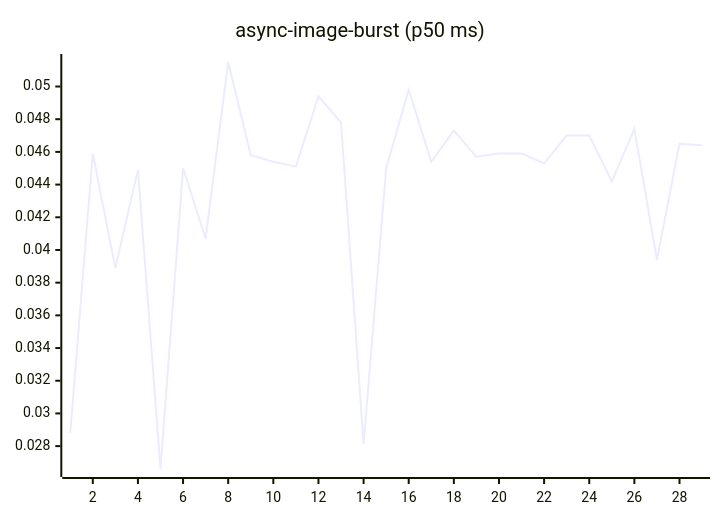
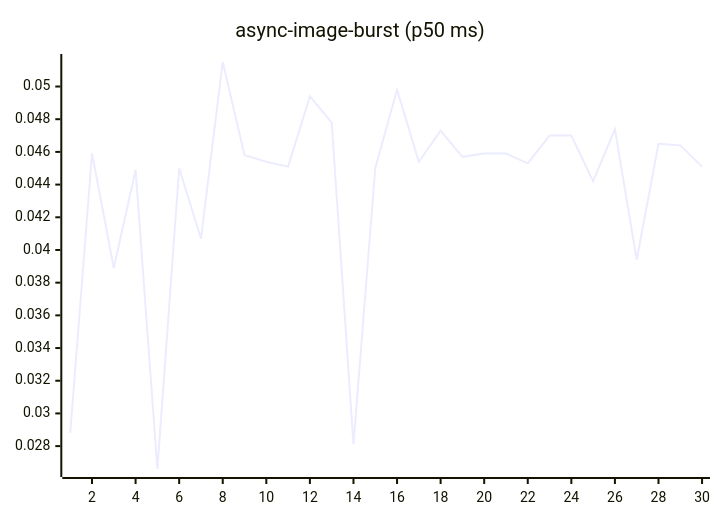
One commit to josha/Facet changed the fourth of 27 diagrams in README.md. Above: the diagram before and after it, drawn with Mermaid. The commit also changed other lines of this file and 2 other files, not shown here.

````diff
--- a/README.md
+++ b/README.md
@@ -84,6 +84,6 @@
 ```mermaid
 xychart-beta
     title "async-image-burst (p50 ms)"
-    x-axis 1 --> 29
-    line [0.0288, 0.0459, 0.0389, 0.0449, 0.0266, 0.0450, 0.0407, 0.0515, 0.0458, 0.0454, 0.0451, 0.0494, 0.0478, 0.0281, 0.0450, 0.0498, 0.0454, 0.0473, 0.0457, 0.0459, 0.0459, 0.0453, 0.0470, 0.0470, 0.0442, 0.0474, 0.0394, 0.0465, 0.0464]
+    x-axis 1 --> 30
+    line [0.0288, 0.0459, 0.0389, 0.0449, 0.0266, 0.0450, 0.0407, 0.0515, 0.0458, 0.0454, 0.0451, 0.0494, 0.0478, 0.0281, 0.0450, 0.0498, 0.0454, 0.0473, 0.0457, 0.0459, 0.0459, 0.0453, 0.0470, 0.0470, 0.0442, 0.0474, 0.0394, 0.0465, 0.0464, 0.0451]
 ```
````
